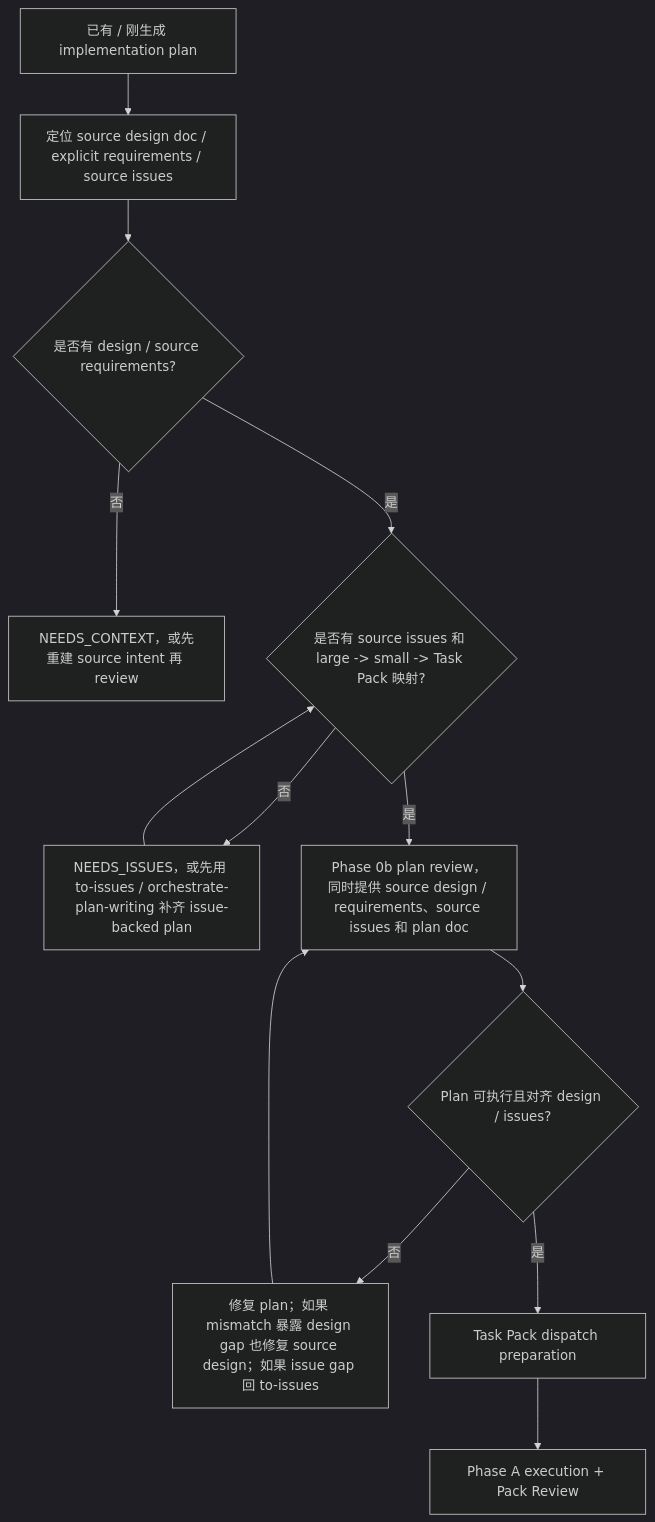
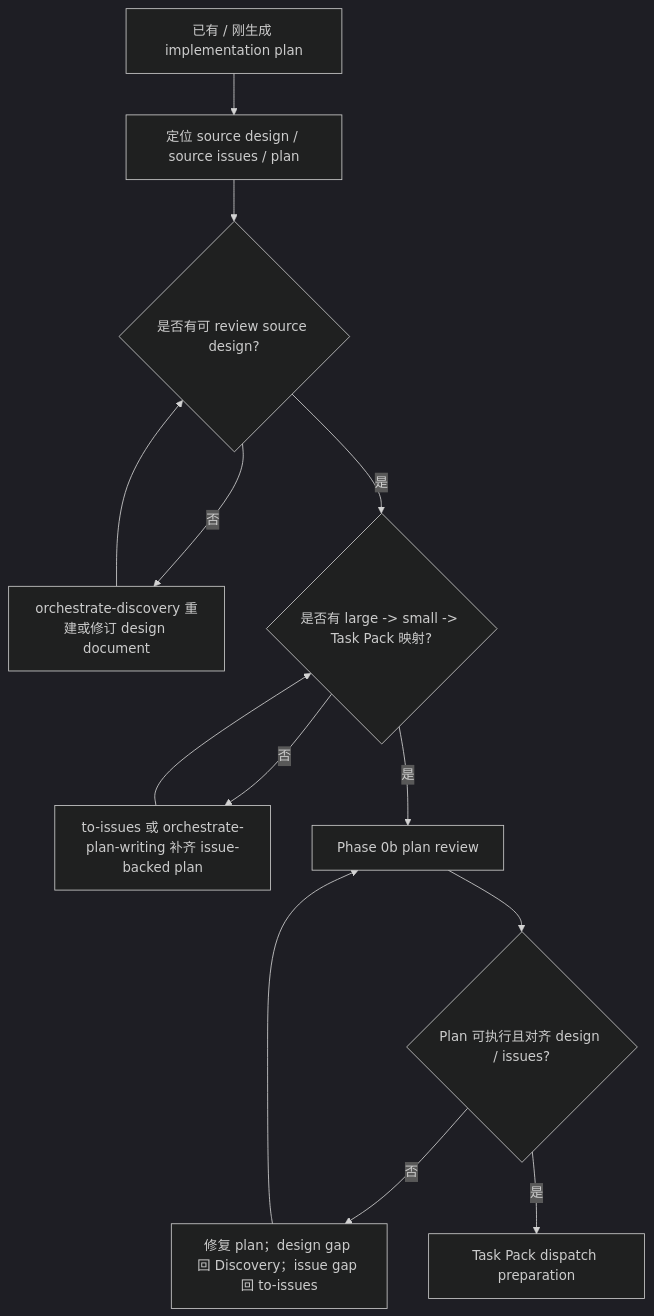
One commit to chancheuklap/multi-model-workflow changed the diagram in .agents/skills/orchestrate-workflow/references/plan-review.md. Above: the diagram before and after it, drawn with Mermaid (dark theme). The commit also changed other lines of this file and 26 other files, not shown here.

Commit message:
Add orchestrate discovery workflow

````diff
--- a/.agents/skills/orchestrate-workflow/references/plan-review.md
+++ b/.agents/skills/orchestrate-workflow/references/plan-review.md
@@ -7,15 +7,15 @@
 ```mermaid
 flowchart TD
-    A["已有 / 刚生成 implementation plan"] --> B["定位 source design doc / explicit requirements / source issues"]
-    B --> C{"是否有 design / source requirements?"}
-    C -->|否| D["NEEDS_CONTEXT，或先重建 source intent 再 review"]
-    C -->|是| E{"是否有 source issues 和 large -> small -> Task Pack 映射?"}
-    E -->|否| F["NEEDS_ISSUES，或先用 to-issues / orchestrate-plan-writing 补齐 issue-backed plan"]
+    A["已有 / 刚生成 implementation plan"] --> B["定位 source design / source issues / plan"]
+    B --> C{"是否有可 review source design?"}
+    C -->|否| D["orchestrate-discovery 重建或修订 design document"]
+    D --> C
+    C -->|是| E{"是否有 large -> small -> Task Pack 映射?"}
+    E -->|否| F["to-issues 或 orchestrate-plan-writing 补齐 issue-backed plan"]
     F --> E
-    E -->|是| G["Phase 0b plan review，同时提供 source design / requirements、source issues 和 plan doc"]
+    E -->|是| G["Phase 0b plan review"]
     G --> H{"Plan 可执行且对齐 design / issues?"}
-    H -->|否| I["修复 plan；如果 mismatch 暴露 design gap 也修复 source design；如果 issue gap 回 to-issues"]
+    H -->|否| I["修复 plan；design gap 回 Discovery；issue gap 回 to-issues"]
     I --> G
     H -->|是| J["Task Pack dispatch preparation"]
-    J --> K["Phase A execution + Pack Review"]
 ```
````
